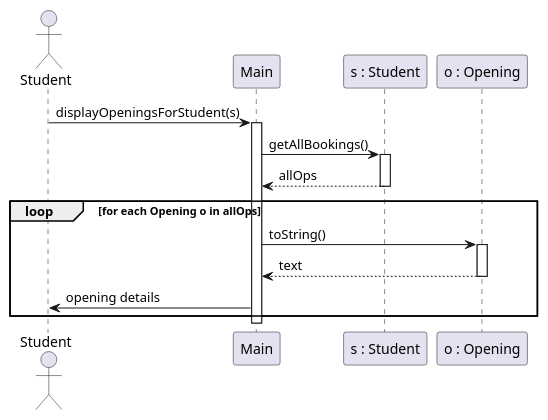
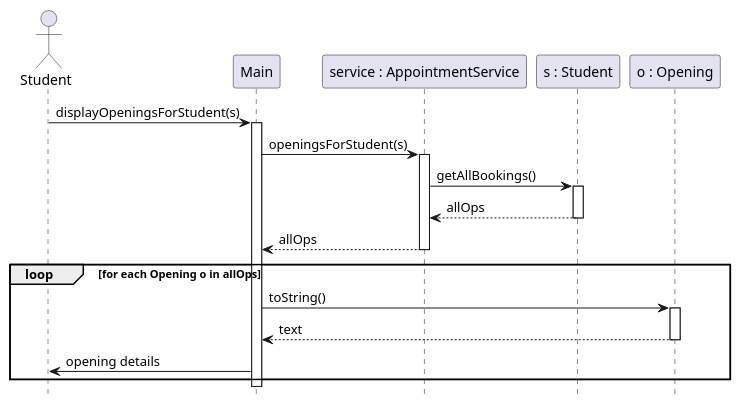
One commit to localhost433/OOPFinalProject changed the diagram in docs/diagrams/display-openings-student-sequence.puml. Above: the diagram before and after it, drawn with PlantUML. The commit also changed 13 other files, not shown here.

```diff
--- a/docs/diagrams/display-openings-student-sequence.puml
+++ b/docs/diagrams/display-openings-student-sequence.puml
@@ -1,29 +1,38 @@
 @startuml display-openings-student-sequence
 ' Sequence diagram — Display openings for student (Main.displayOpeningsForStudent)
+
+hide footbox
 
 actor Student as student
 
 participant "Main" as main
+participant "service : AppointmentService" as service
 participant "s : Student" as sObj
 participant "o : Opening" as open
 
 student -> main : displayOpeningsForStudent(s)
 activate main
 
-main -> sObj : getAllBookings()
+main -> service : openingsForStudent(s)
+activate service
+
+service -> sObj : getAllBookings()
 activate sObj
-sObj --> main : allOps
+sObj --> service : allOps
 deactivate sObj
+
+service --> main : allOps
+deactivate service
 
 loop for each Opening o in allOps
     main -> open : toString()
     activate open
     open --> main : text
     deactivate open
 
     main -> student : opening details
 end
 
 deactivate main
 
 @enduml
```
